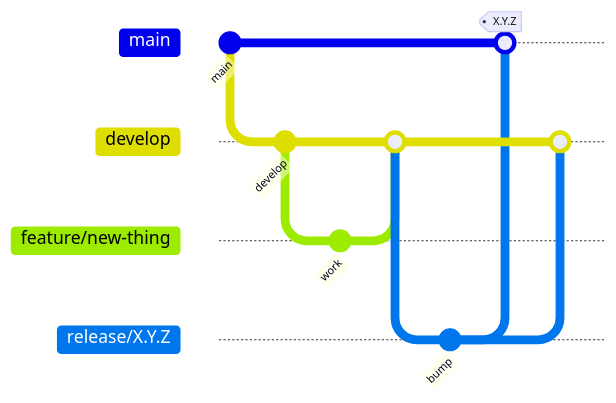
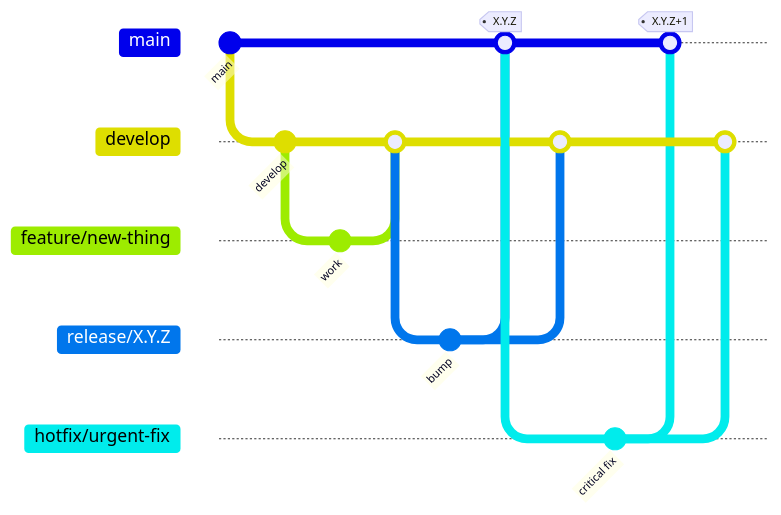
Before and after one commit to msk-access/gbcms: the second of 2 diagrams in docs/development/developer-guide.md, drawn with Mermaid. The commit also changed other lines of this file and 9 other files, not shown here.

````diff
--- a/docs/development/developer-guide.md
+++ b/docs/development/developer-guide.md
@@ -213,16 +219,23 @@
 ```mermaid
 gitGraph
     commit id: "main"
     branch develop
     commit id: "develop"
     branch feature/new-thing
     commit id: "work"
     checkout develop
     merge feature/new-thing
     branch release/X.Y.Z
     commit id: "bump"
     checkout main
     merge release/X.Y.Z tag: "X.Y.Z"
     checkout develop
     merge release/X.Y.Z
+    checkout main
+    branch hotfix/urgent-fix
+    commit id: "critical fix"
+    checkout main
+    merge hotfix/urgent-fix tag: "X.Y.Z+1"
+    checkout develop
+    merge hotfix/urgent-fix
 ```
````
